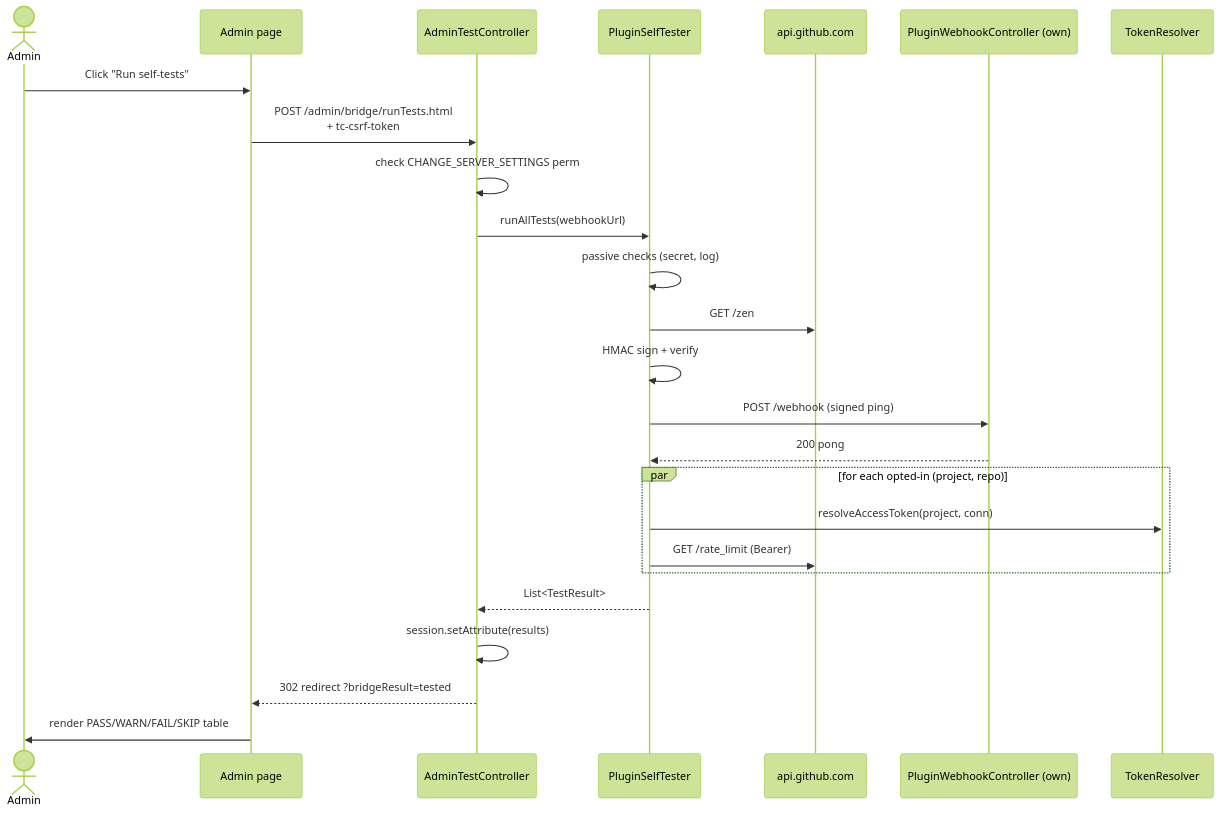
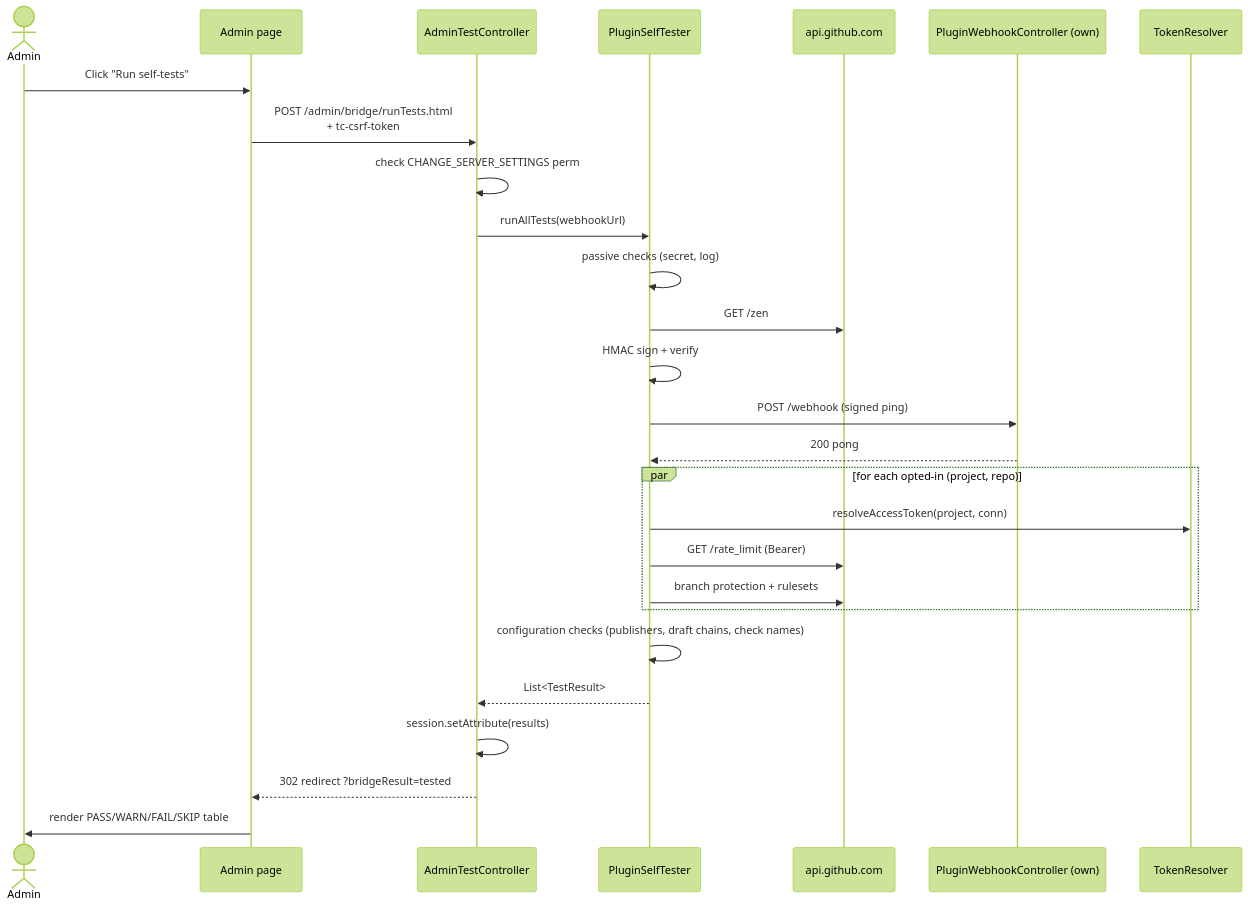
The seventh of 15 diagrams in doc/usage-scenarios.md (Silmaen/teamcity-github), drawn with Mermaid (forest theme) before and after one commit. The commit also changed other lines of this file and 16 other files, not shown here.

````diff
--- a/doc/usage-scenarios.md
+++ b/doc/usage-scenarios.md
@@ -537,28 +512,30 @@
 ```mermaid
 sequenceDiagram
     actor Admin
     participant UI as Admin page
     participant Ctl as AdminTestController
     participant T as PluginSelfTester
     participant GH as api.github.com
     participant Self as PluginWebhookController (own)
     participant TR as TokenResolver
 
     Admin->>UI: Click "Run self-tests"
     UI->>Ctl: POST /admin/bridge/runTests.html<br/>+ tc-csrf-token
     Ctl->>Ctl: check CHANGE_SERVER_SETTINGS perm
     Ctl->>T: runAllTests(webhookUrl)
     T->>T: passive checks (secret, log)
     T->>GH: GET /zen
     T->>T: HMAC sign + verify
     T->>Self: POST /webhook (signed ping)
     Self-->>T: 200 pong
     par for each opted-in (project, repo)
         T->>TR: resolveAccessToken(project, conn)
         T->>GH: GET /rate_limit (Bearer)
+        T->>GH: branch protection + rulesets
     end
+    T->>T: configuration checks (publishers, draft chains, check names)
     T-->>Ctl: List<TestResult>
     Ctl->>Ctl: session.setAttribute(results)
     Ctl-->>UI: 302 redirect ?bridgeResult=tested
     UI->>Admin: render PASS/WARN/FAIL/SKIP table
 ```
````
